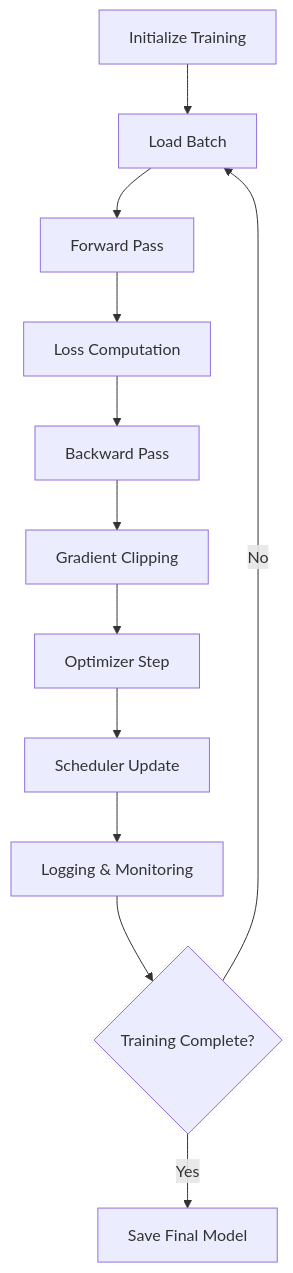
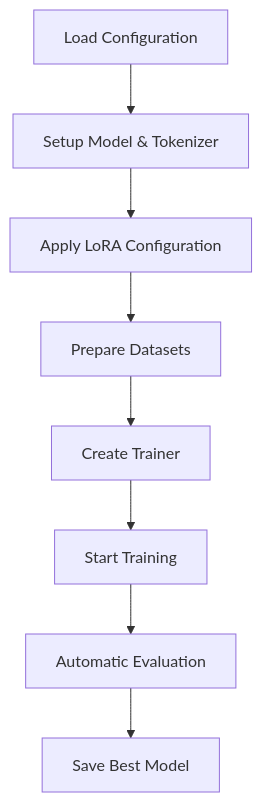
One commit to tonyreina/lora changed the diagram in docs/training/training-loop.md. Above: the diagram before and after it, drawn with Mermaid. The commit also changed other lines of this file and 2 other files, not shown here.

````diff
--- a/docs/training/training-loop.md
+++ b/docs/training/training-loop.md
@@ -9,14 +9,10 @@
 ```mermaid
 graph TD
-    A[Initialize Training] --> B[Load Batch]
-    B --> C[Forward Pass]
-    C --> D[Loss Computation]
-    D --> E[Backward Pass]
-    E --> F[Gradient Clipping]
-    F --> G[Optimizer Step]
-    G --> H[Scheduler Update]
-    H --> I[Logging & Monitoring]
-    I --> J{Training Complete?}
-    J -->|No| B
-    J -->|Yes| K[Save Final Model]
+    A[Load Configuration] --> B[Setup Model & Tokenizer]
+    B --> C[Apply LoRA Configuration]
+    C --> D[Prepare Datasets]
+    D --> E[Create Trainer]
+    E --> F[Start Training]
+    F --> G[Automatic Evaluation]
+    G --> H[Save Best Model]
 ```
````
